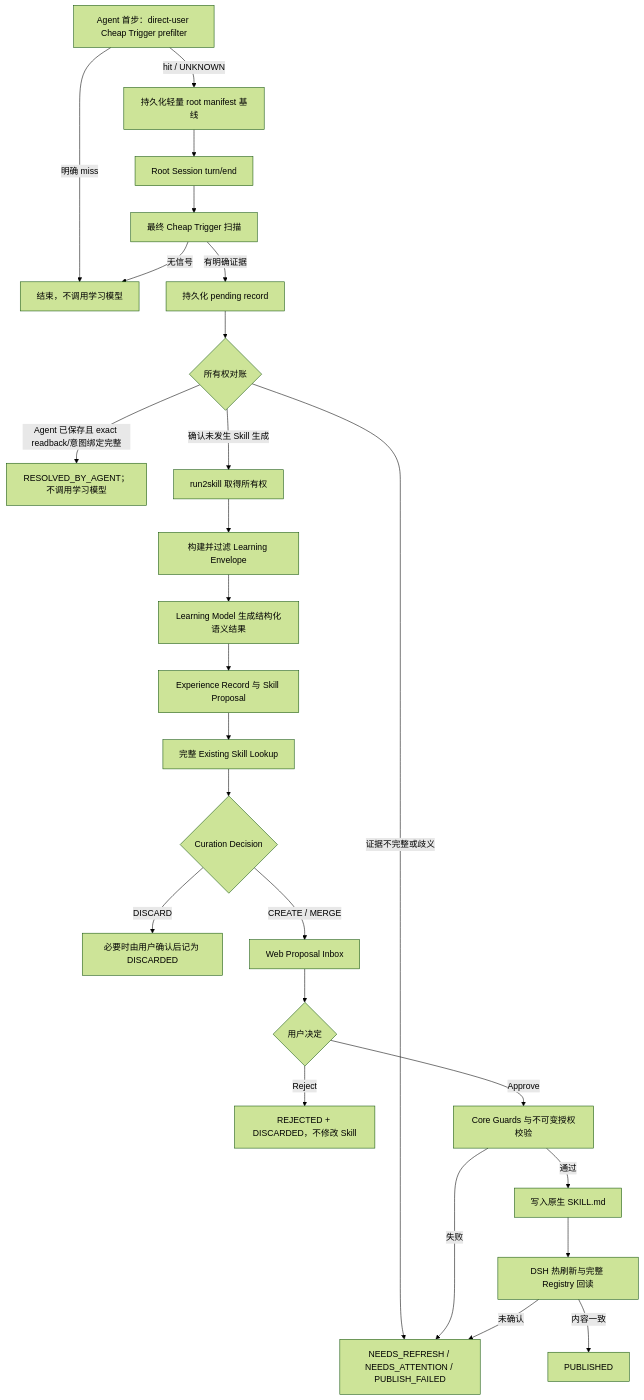
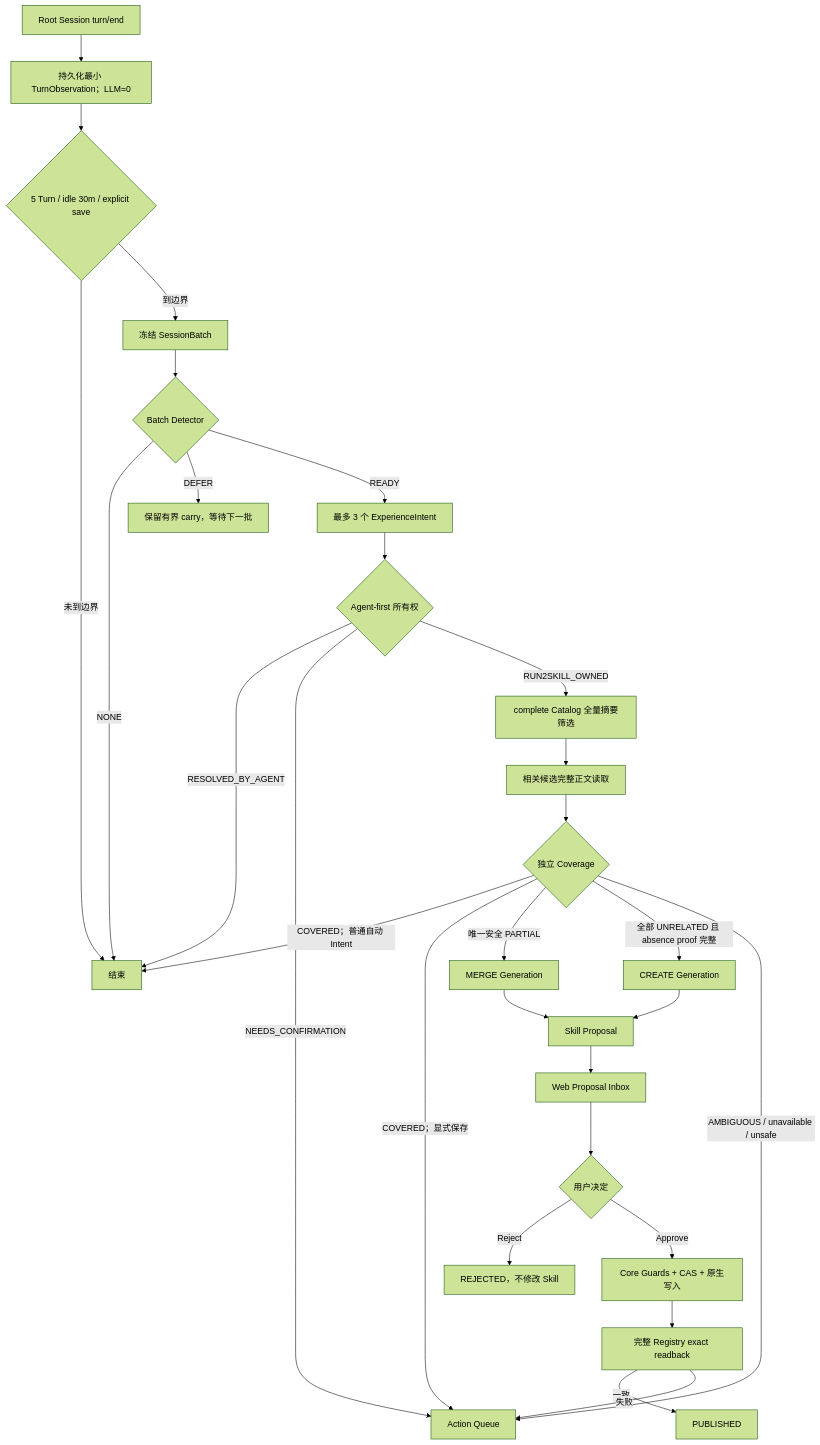
The diagram in docs/product/prd.md (qkycir-123/dsh-run2skill), drawn with Mermaid (forest theme) before and after one commit. The commit also changed other lines of this file and 4 other files, not shown here.

````diff
--- a/docs/product/prd.md
+++ b/docs/product/prd.md
@@ -259,28 +261,31 @@
 ```mermaid
 flowchart TD
-    A0["Agent 首步：direct-user Cheap Trigger prefilter"] -->|hit / UNKNOWN| A1["持久化轻量 root manifest 基线"]
-    A0 -->|明确 miss| Z["结束，不调用学习模型"]
-    A1 --> A["Root Session turn/end"]
-    A --> B["最终 Cheap Trigger 扫描"]
-    B -->|无信号| Z["结束，不调用学习模型"]
-    B -->|有明确证据| C["持久化 pending record"]
-    C --> R{"所有权对账"}
-    R -->|Agent 已保存且 exact readback/意图绑定完整| RA["RESOLVED_BY_AGENT；不调用学习模型"]
-    R -->|确认未发生 Skill 生成| D["run2skill 取得所有权"]
-    R -->|证据不完整或歧义| N["NEEDS_ATTENTION"]
-    D --> DA["构建并过滤 Learning Envelope"]
-    DA --> E["Learning Model 生成结构化语义结果"]
-    E --> F["Experience Record 与 Skill Proposal"]
-    F --> G["完整 Existing Skill Lookup"]
-    G --> H{"Curation Decision"}
-    H -->|DISCARD| I["必要时由用户确认后记为 DISCARDED"]
-    H -->|CREATE / MERGE| J["Web Proposal Inbox"]
-    J --> K{"用户决定"}
-    K -->|Reject| L["REJECTED + DISCARDED，不修改 Skill"]
-    K -->|Approve| M["Core Guards 与不可变授权校验"]
-    M -->|失败| N["NEEDS_REFRESH / NEEDS_ATTENTION / PUBLISH_FAILED"]
-    M -->|通过| O["写入原生 SKILL.md"]
-    O --> P["DSH 热刷新与完整 Registry 回读"]
-    P -->|内容一致| Q["PUBLISHED"]
-    P -->|未确认| N
+    A["Root Session turn/end"] --> B["持久化最小 TurnObservation；LLM=0"]
+    B --> C{"5 Turn / idle 30m / explicit save"}
+    C -->|未到边界| Z["结束"]
+    C -->|到边界| D["冻结 SessionBatch"]
+    D --> E{"Batch Detector"}
+    E -->|NONE| Z
+    E -->|DEFER| F["保留有界 carry，等待下一批"]
+    E -->|READY| G["最多 3 个 ExperienceIntent"]
+    G --> H{"Agent-first 所有权"}
+    H -->|RESOLVED_BY_AGENT| Z
+    H -->|NEEDS_CONFIRMATION| N["Action Queue"]
+    H -->|RUN2SKILL_OWNED| I["complete Catalog 全量摘要筛选"]
+    I --> J["相关候选完整正文读取"]
+    J --> K{"独立 Coverage"}
+    K -->|COVERED；普通自动 Intent| Z
+    K -->|COVERED；显式保存| N
+    K -->|唯一安全 PARTIAL| M["MERGE Generation"]
+    K -->|全部 UNRELATED 且 absence proof 完整| L["CREATE Generation"]
+    K -->|AMBIGUOUS / unavailable / unsafe| N
+    L --> P["Skill Proposal"]
+    M --> P
+    P --> Q["Web Proposal Inbox"]
+    Q --> R{"用户决定"}
+    R -->|Reject| S["REJECTED，不修改 Skill"]
+    R -->|Approve| T["Core Guards + CAS + 原生写入"]
+    T --> U["完整 Registry exact readback"]
+    U -->|一致| V["PUBLISHED"]
+    U -->|失败| N
 ```
````
